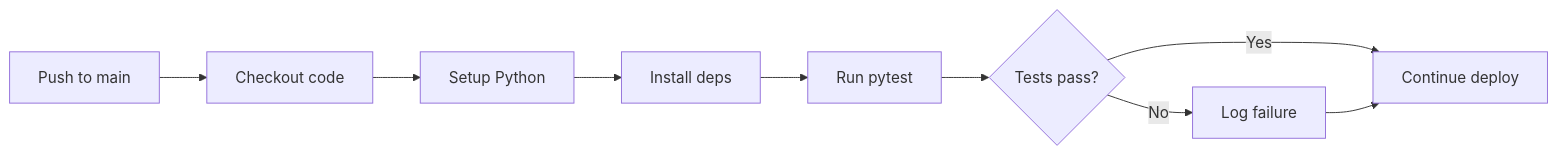
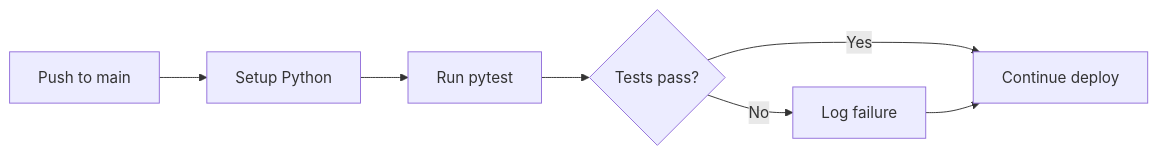
One commit to jeff-is-working/wa-bill-tracker changed the second of 3 diagrams in docs/DEVELOPER_GUIDE.md. Above: the diagram before and after it, drawn with Mermaid. The commit also changed other lines of this file and 6 other files, not shown here.

````diff
--- a/docs/DEVELOPER_GUIDE.md
+++ b/docs/DEVELOPER_GUIDE.md
@@ -739,15 +244,13 @@
 ```mermaid
 flowchart LR
     PUSH["Push to main"]
-    CHECKOUT["Checkout code"]
     SETUP["Setup Python"]
-    INSTALL["Install deps"]
     TEST["Run pytest"]
     RESULT{"Tests pass?"}
     DEPLOY["Continue deploy"]
     LOG["Log failure"]
 
-    PUSH --> CHECKOUT --> SETUP --> INSTALL --> TEST --> RESULT
+    PUSH --> SETUP --> TEST --> RESULT
     RESULT -->|Yes| DEPLOY
     RESULT -->|No| LOG --> DEPLOY
 ```
````
